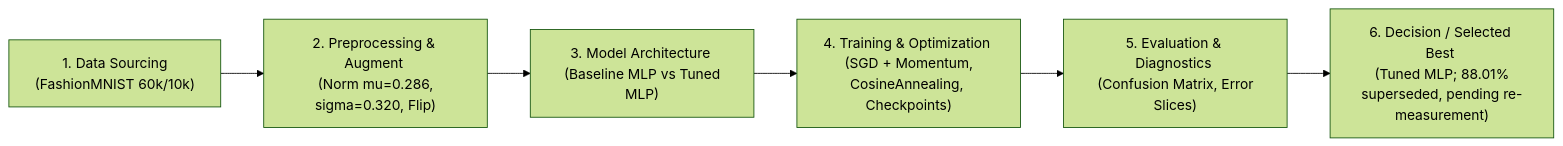
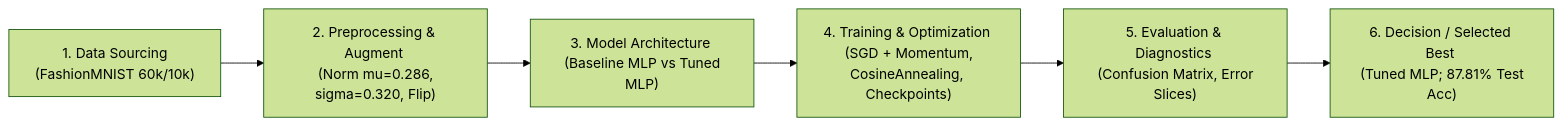
The diagram in labs/lab01/walkthrough_lab_01.md (lacthui06/Lab-DL), drawn with Mermaid (forest theme) before and after one commit. The commit also changed other lines of this file and 1 other file, not shown here.

````diff
--- a/labs/lab01/walkthrough_lab_01.md
+++ b/labs/lab01/walkthrough_lab_01.md
@@ -32,8 +32,8 @@
 ```mermaid
 graph LR
     A["1. Data Sourcing <br> (FashionMNIST 60k/10k)"] --> B["2. Preprocessing & Augment <br> (Norm mu=0.286, sigma=0.320, Flip)"]
     B --> C["3. Model Architecture <br> (Baseline MLP vs Tuned MLP)"]
     C --> D["4. Training & Optimization <br> (SGD + Momentum, CosineAnnealing, Checkpoints)"]
     D --> E["5. Evaluation & Diagnostics <br> (Confusion Matrix, Error Slices)"]
-    E --> F["6. Decision / Selected Best <br> (Tuned MLP; 88.01% superseded, pending re-measurement)"]
+    E --> F["6. Decision / Selected Best <br> (Tuned MLP; 87.81% Test Acc)"]
 ```
````
